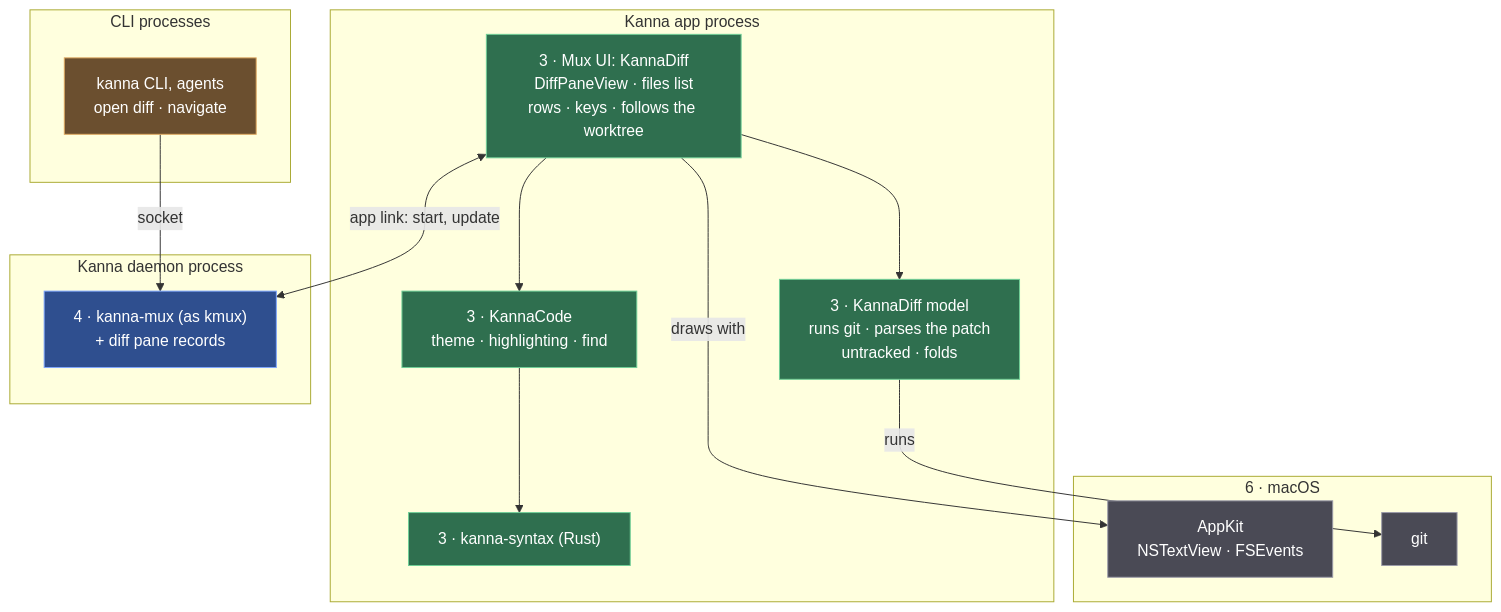
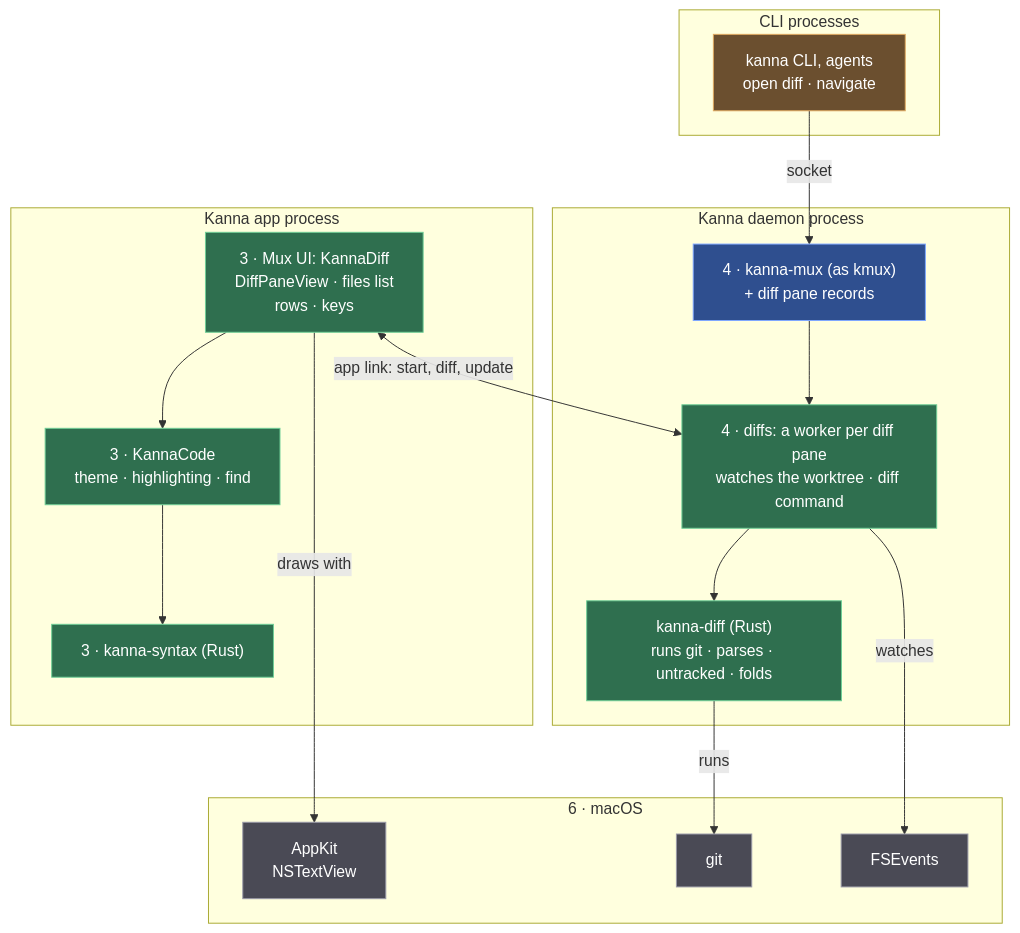
The second of 2 diagrams in docs/specs/diff-viewer.md (jemdiggity/kanna-v4), drawn with Mermaid before and after one commit. The commit also changed other lines of this file and 9 other files, not shown here.

````diff
--- a/docs/specs/diff-viewer.md
+++ b/docs/specs/diff-viewer.md
@@ -109,34 +110,38 @@
 ```mermaid
 flowchart TB
     subgraph CLIP["CLI processes"]
         CLI["kanna CLI, agents<br/>open diff · navigate"]
     end
     subgraph APP["Kanna app process"]
-        L3["3 · Mux UI: KannaDiff<br/>DiffPaneView · files list<br/>rows · keys · follows the worktree"]
-        L3M["3 · KannaDiff model<br/>runs git · parses the patch<br/>untracked · folds"]
+        L3["3 · Mux UI: KannaDiff<br/>DiffPaneView · files list<br/>rows · keys"]
         L3C["3 · KannaCode<br/>theme · highlighting · find"]
         L3S["3 · kanna-syntax (Rust)"]
-        L3 --> L3M
         L3 --> L3C
         L3C --> L3S
     end
     subgraph DAEMON["Kanna daemon process"]
         L4["4 · kanna-mux (as kmux)<br/>+ diff pane records"]
+        L4D["4 · diffs: a worker per diff pane<br/>watches the worktree · diff command"]
+        L4K["kanna-diff (Rust)<br/>runs git · parses · untracked · folds"]
+        L4 --> L4D
+        L4D --> L4K
     end
     subgraph OS["6 · macOS"]
-        AK["AppKit<br/>NSTextView · FSEvents"]
+        AK["AppKit<br/>NSTextView"]
         GIT["git"]
+        FS["FSEvents"]
     end
     CLI -->|"socket"| L4
-    L3 <-->|"app link: start, update"| L4
+    L3 <-->|"app link: start, diff, update"| L4D
     L3 -->|"draws with"| AK
-    L3M -->|"runs"| GIT
+    L4K -->|"runs"| GIT
+    L4D -->|"watches"| FS
     classDef kanna fill:#2f6f4f,stroke:#6fcf97,color:#ffffff
     classDef kmux fill:#2f4f8f,stroke:#7fa7ff,color:#ffffff
     classDef os fill:#4a4a55,stroke:#9a9aa8,color:#ffffff
     classDef client fill:#6b4f2f,stroke:#e0a960,color:#ffffff
-    class L3,L3M,L3C,L3S kanna
+    class L3,L3C,L3S,L4D,L4K kanna
     class L4 kmux
-    class AK,GIT os
+    class AK,GIT,FS os
     class CLI client
 ```
````
